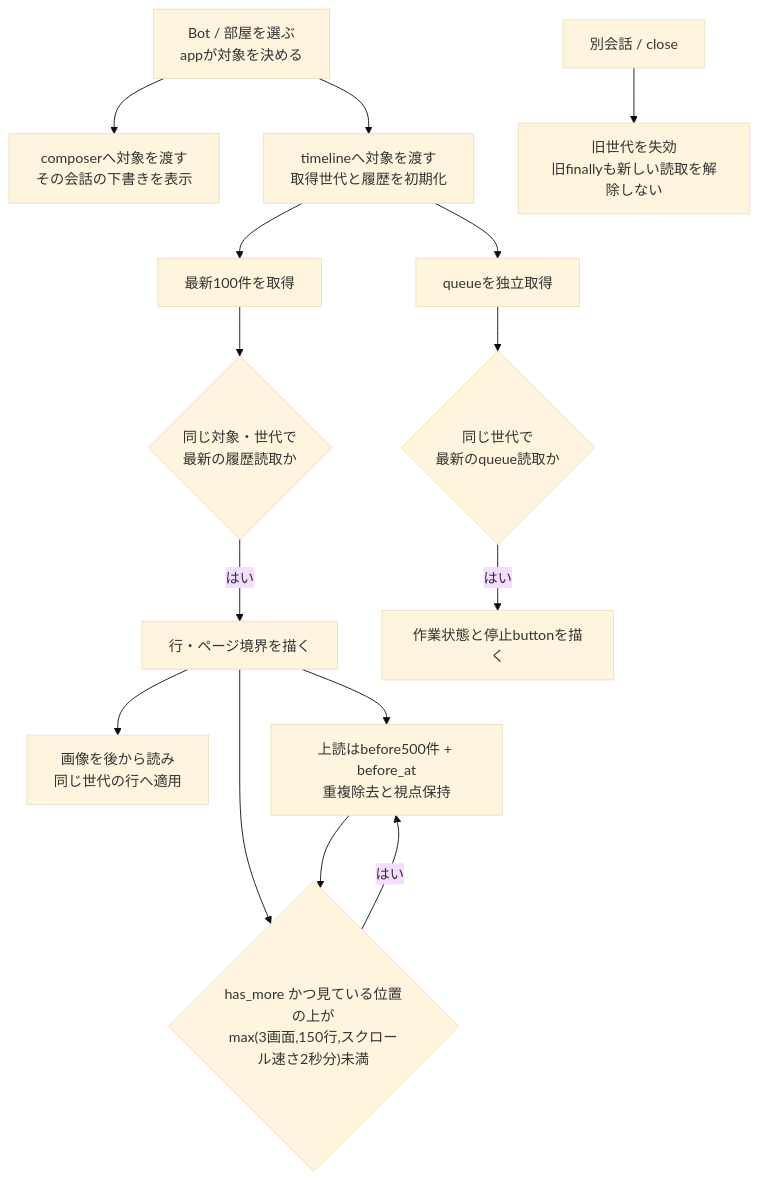
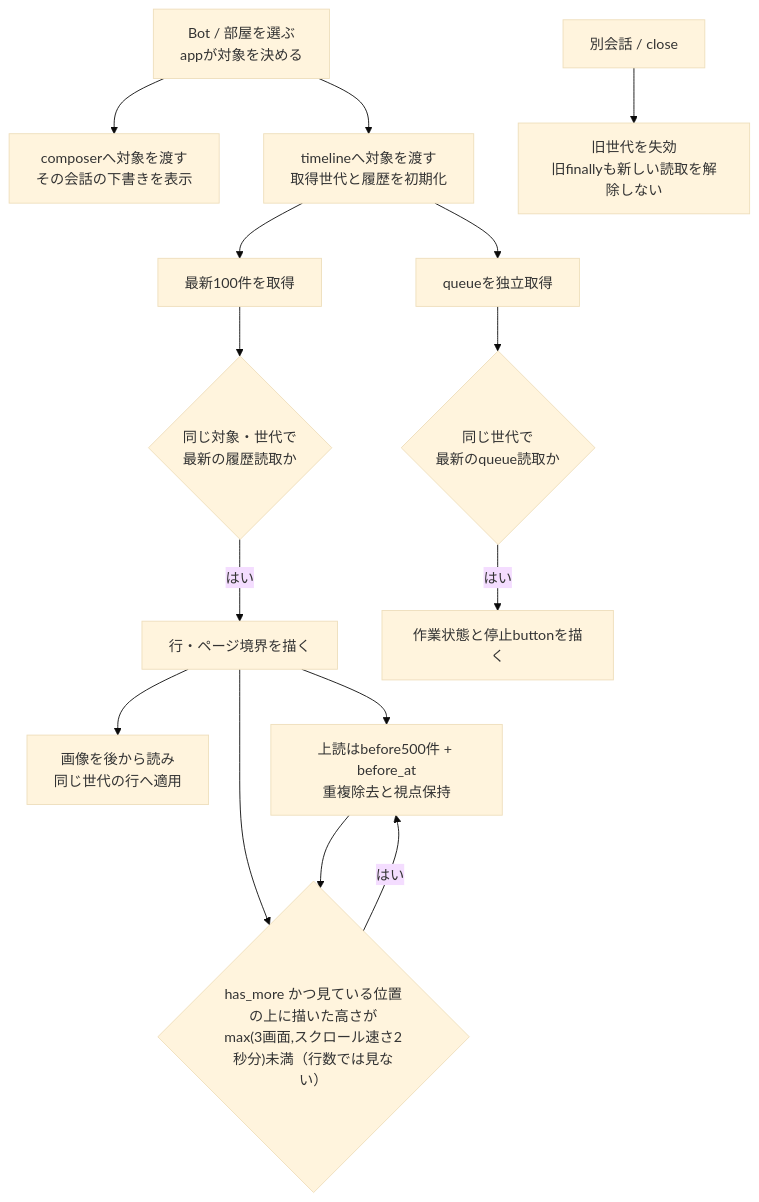
One commit to kitepon/BellTeam changed the third of 16 diagrams in docs/architecture/modules/web/conversation.md. Above: the diagram before and after it, drawn with Mermaid (base theme). The commit also changed other lines of this file and 2 other files, not shown here.

Commit message:
a471-fill-drawn-web: the first screen and the prefetch margin are judged by the drawn height, not by a row count

````diff
--- a/docs/architecture/modules/web/conversation.md
+++ b/docs/architecture/modules/web/conversation.md
@@ -76,17 +76,17 @@
 ```mermaid
 flowchart TD
   Select["Bot / 部屋を選ぶ<br/>appが対象を決める"] --> Input["composerへ対象を渡す<br/>その会話の下書きを表示"]
   Select --> Open["timelineへ対象を渡す<br/>取得世代と履歴を初期化"]
   Open --> Page["最新100件を取得"]
   Open --> Queue["queueを独立取得"]
   Page --> Valid{"同じ対象・世代で<br/>最新の履歴読取か"}
   Queue --> QValid{"同じ世代で<br/>最新のqueue読取か"}
   Valid -->|"はい"| Rows["行・ページ境界を描く"]
   QValid -->|"はい"| Tail["作業状態と停止buttonを描く"]
   Rows --> Images["画像を後から読み<br/>同じ世代の行へ適用"]
   Rows --> Older["上読はbefore500件 + before_at<br/>重複除去と視点保持"]
-  Rows --> Fill{"has_more かつ見ている位置の上が<br/>max(3画面,150行,スクロール速さ2秒分)未満"}
+  Rows --> Fill{"has_more かつ見ている位置の上に描いた高さが<br/>max(3画面,スクロール速さ2秒分)未満（行数では見ない）"}
   Fill -->|"はい"| Older
   Older --> Fill
   Change["別会話 / close"] --> Invalidate["旧世代を失効<br/>旧finallyも新しい読取を解除しない"]
 ```
````
